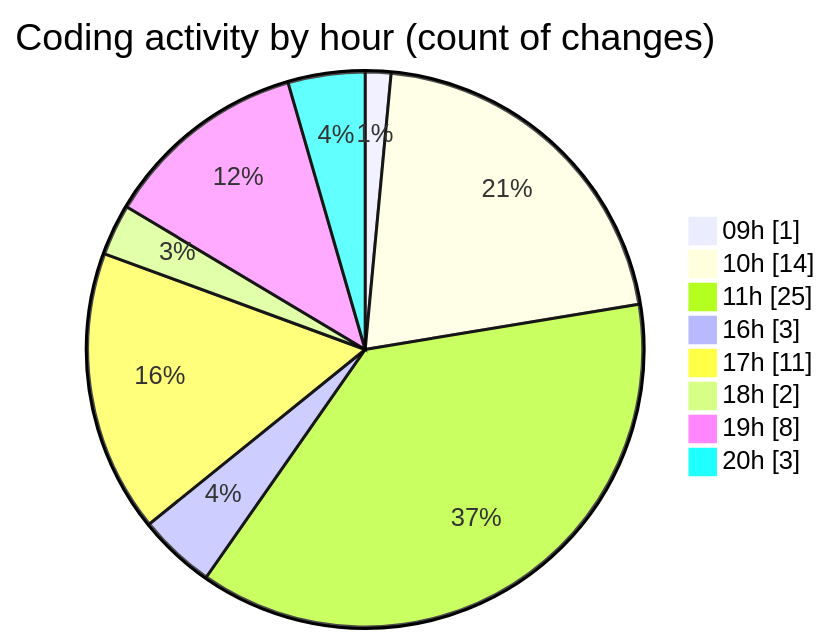
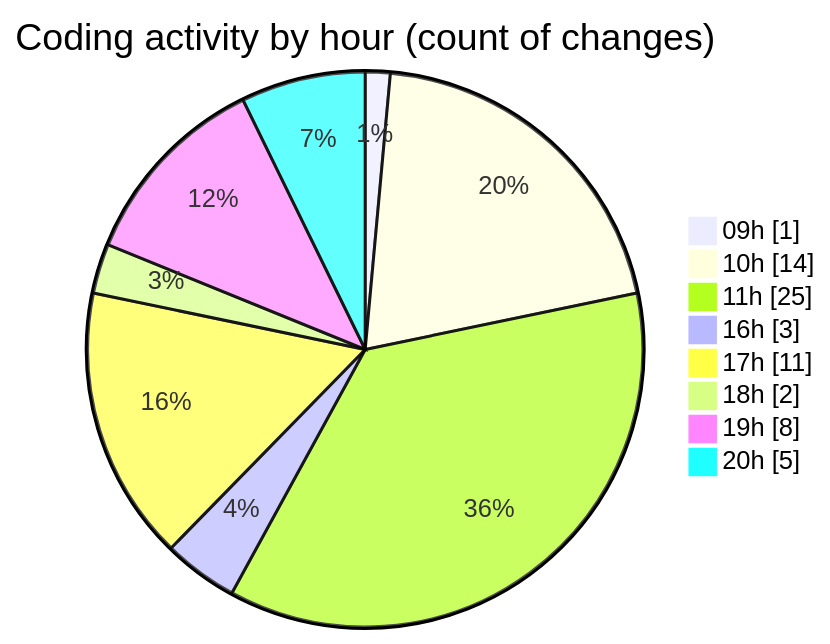
Before and after one commit to Elitesun/code-tracking: the second of 2 diagrams in 2025-05-07/niten/README.md, drawn with Mermaid. The commit also changed other lines of this file and 1 other file, not shown here.

````diff
--- a/2025-05-07/niten/README.md
+++ b/2025-05-07/niten/README.md
@@ -51,12 +53,12 @@
 ```mermaid
 pie showData
 title Coding activity by hour (count of changes)
 "09h" : 1
 "10h" : 14
 "11h" : 25
 "16h" : 3
 "17h" : 11
 "18h" : 2
 "19h" : 8
-"20h" : 3
+"20h" : 5
 ```
````
